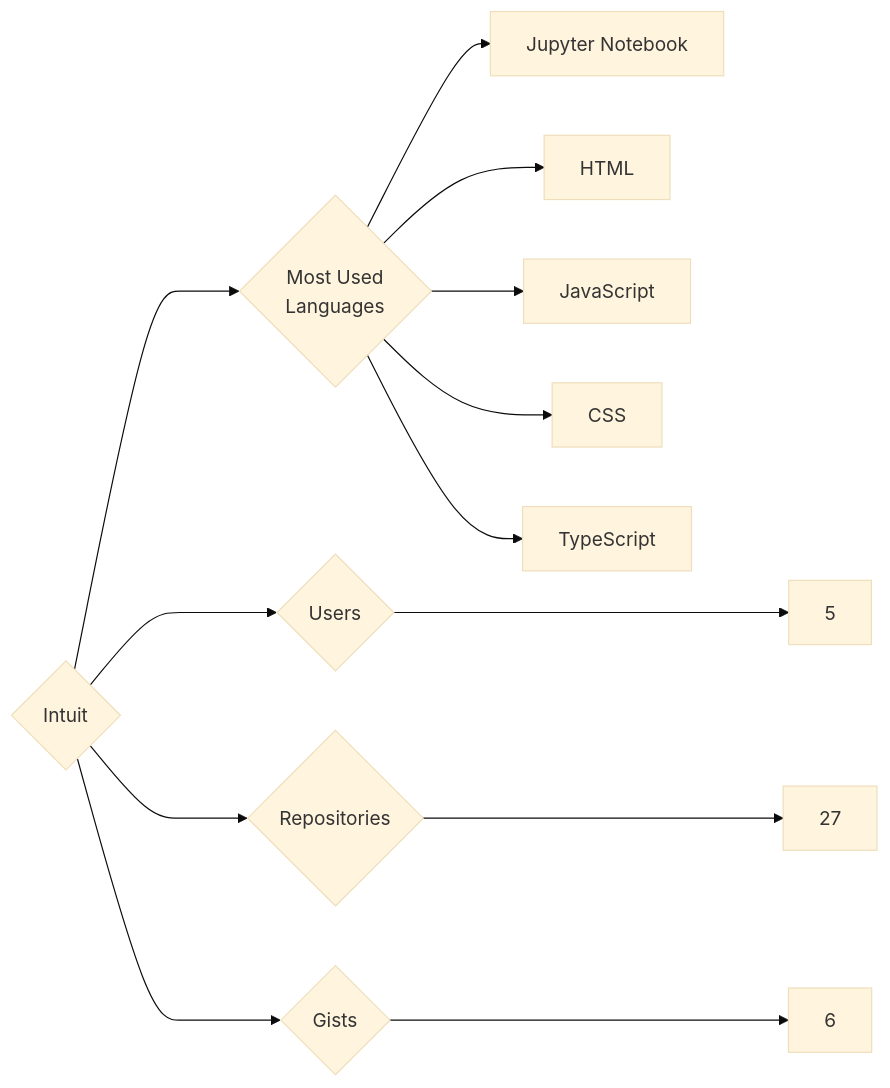
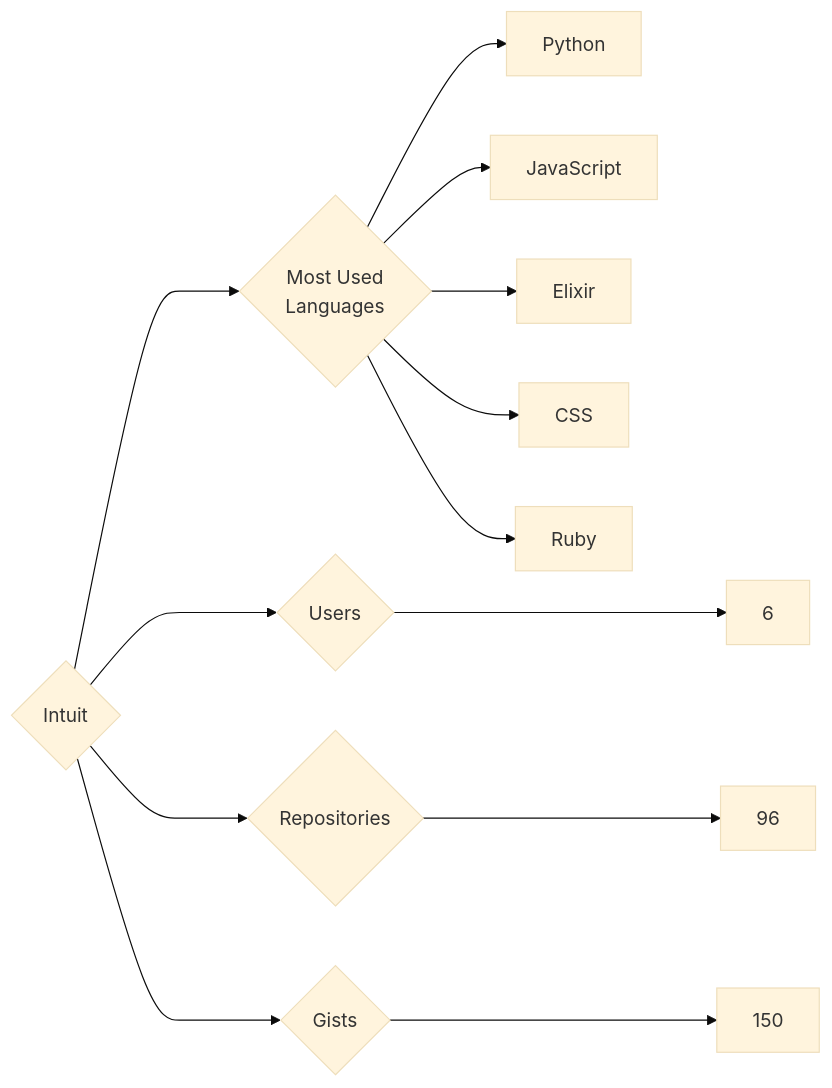
The diagram in targets/Intuit/README.md (trickest/insiders), drawn with Mermaid (base theme) before and after one commit. The commit also changed 1175 other files, not shown here.

````diff
--- a/targets/Intuit/README.md
+++ b/targets/Intuit/README.md
@@ -3,13 +3,13 @@
 ```mermaid
 graph LR
 COMPANY_NAME{Intuit}
-COMPANY_NAME ---> U{Users} ---> UN[5]
-COMPANY_NAME ---> R{Repositories} ---> RN[27]
-COMPANY_NAME ---> G{Gists} ---> GN[6]
+COMPANY_NAME ---> U{Users} ---> UN[6]
+COMPANY_NAME ---> R{Repositories} ---> RN[96]
+COMPANY_NAME ---> G{Gists} ---> GN[150]
 COMPANY_NAME ---> ML{Most Used<br>Languages}
-ML --> Jupyter_Notebook[Jupyter Notebook]
-ML --> HTML[HTML]
+ML --> Python[Python]
 ML --> JavaScript[JavaScript]
+ML --> Elixir[Elixir]
 ML --> CSS[CSS]
-ML --> TypeScript[TypeScript]
+ML --> Ruby[Ruby]
 ```
````
